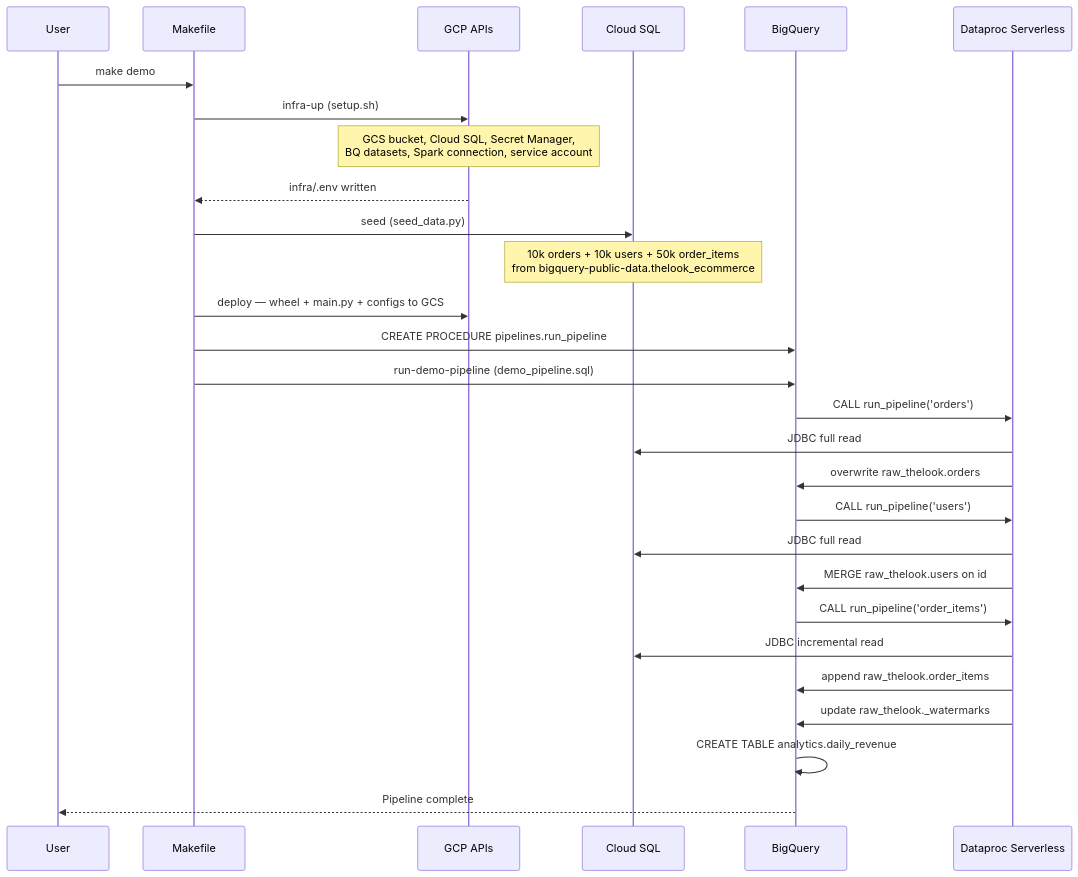
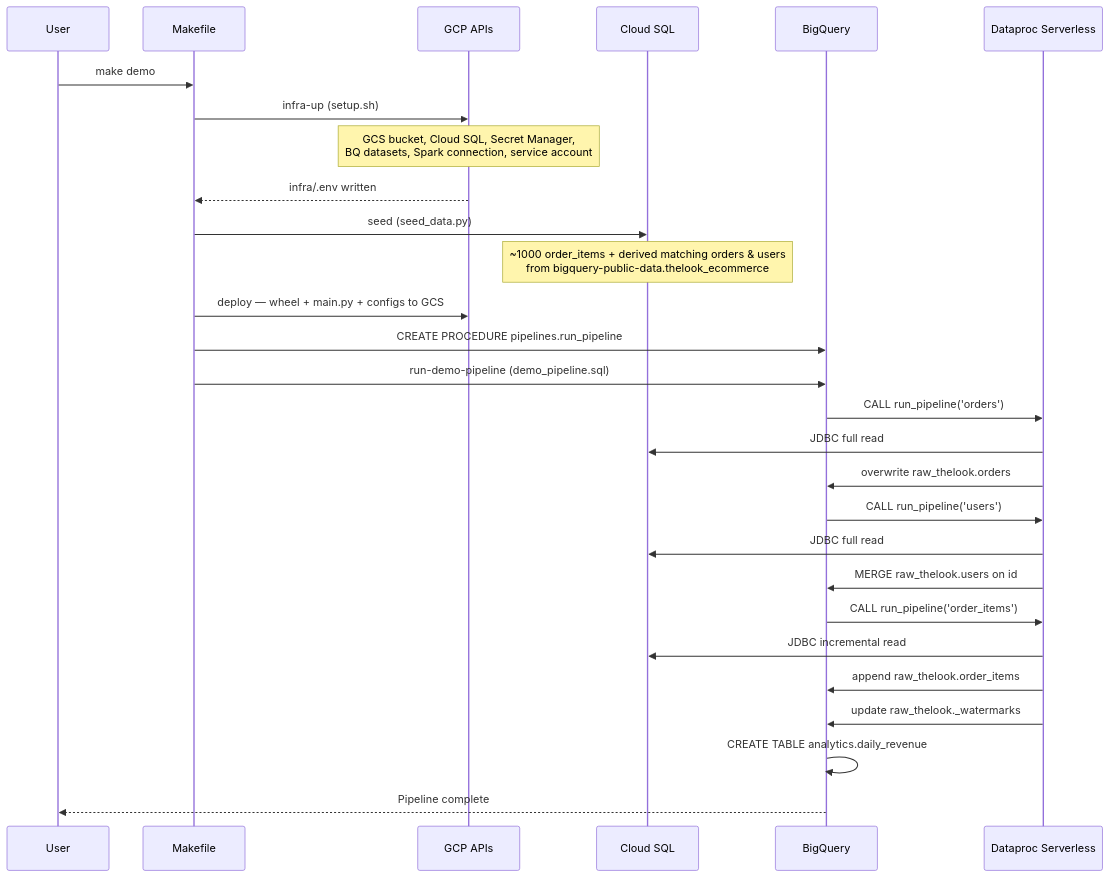
One commit to johanesalxd/random-stuff changed the second of 2 diagrams in bq_spark_serverless_etl/README.md. Above: the diagram before and after it, drawn with Mermaid. The commit also changed other lines of this file and 8 other files, not shown here.

````diff
--- a/bq_spark_serverless_etl/README.md
+++ b/bq_spark_serverless_etl/README.md
@@ -60,39 +60,39 @@
 ```mermaid
 sequenceDiagram
     participant User
     participant Make as Makefile
     participant GCP as GCP APIs
     participant CSQL as Cloud SQL
     participant BQ as BigQuery
     participant Spark as Dataproc Serverless
 
     User->>Make: make demo
 
     Make->>GCP: infra-up (setup.sh)
     Note over GCP: GCS bucket, Cloud SQL, Secret Manager,<br/>BQ datasets, Spark connection, service account
     GCP-->>Make: infra/.env written
 
     Make->>CSQL: seed (seed_data.py)
-    Note over CSQL: 10k orders + 10k users + 50k order_items<br/>from bigquery-public-data.thelook_ecommerce
+    Note over CSQL: ~1000 order_items + derived matching orders & users<br/>from bigquery-public-data.thelook_ecommerce
 
     Make->>GCP: deploy — wheel + main.py + configs to GCS
     Make->>BQ: CREATE PROCEDURE pipelines.run_pipeline
 
     Make->>BQ: run-demo-pipeline (demo_pipeline.sql)
 
     BQ->>Spark: CALL run_pipeline('orders')
     Spark->>CSQL: JDBC full read
     Spark->>BQ: overwrite raw_thelook.orders
 
     BQ->>Spark: CALL run_pipeline('users')
     Spark->>CSQL: JDBC full read
     Spark->>BQ: MERGE raw_thelook.users on id
 
     BQ->>Spark: CALL run_pipeline('order_items')
     Spark->>CSQL: JDBC incremental read
     Spark->>BQ: append raw_thelook.order_items
     Spark->>BQ: update raw_thelook._watermarks
 
     BQ->>BQ: CREATE TABLE analytics.daily_revenue
     BQ-->>User: Pipeline complete
 ```
````
